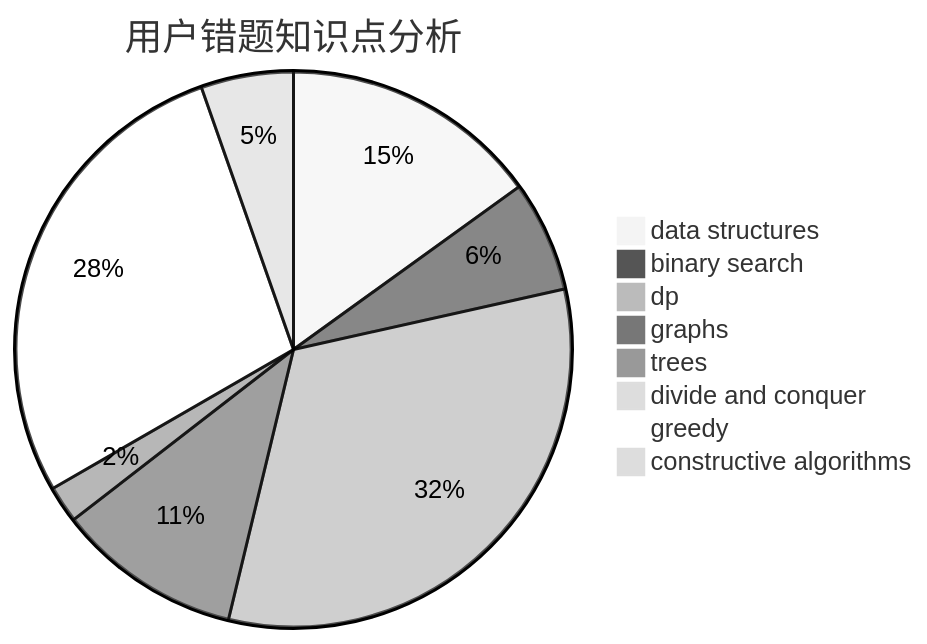
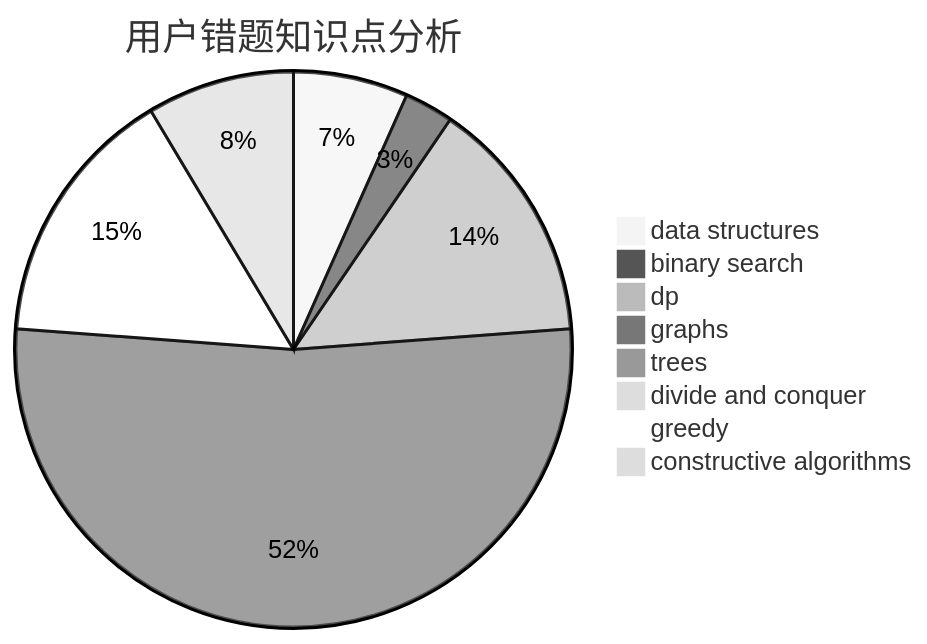
Before and after one commit to sherpahu/cfrs.github.io: the third of 3 diagrams in docs/user/u1596.md, drawn with Mermaid (neutral theme). The commit also changed other lines of this file and 2770 other files, not shown here.

````diff
--- a/docs/user/u1596.md
+++ b/docs/user/u1596.md
@@ -36,11 +36,11 @@
 ```mermaid
 pie title 用户错题知识点分析
     "data structures" :  14
     "binary search" :  6
     "dp" :  30
-    "graphs" :  10
+    "graphs" :  110
     "trees" :  2
     "divide and conquer" :  0
-    "greedy" :  26
-    "constructive algorithms" :  5
+    "greedy" :  32
+    "constructive algorithms" :  18
 ```
````
